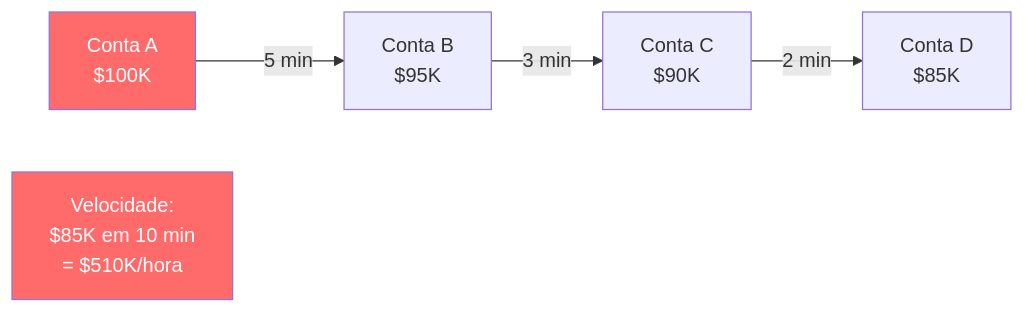
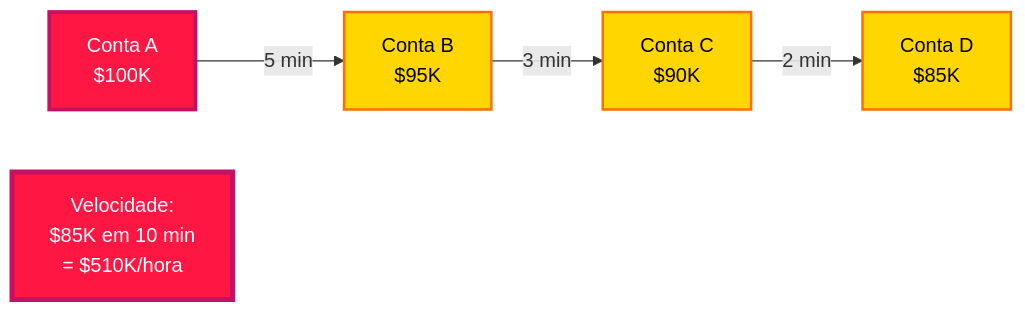
One commit to gregorizeidler/aml-graphs-detection-system changed the tenth of 14 diagrams in README.md. Above: the diagram before and after it, drawn with Mermaid. The commit also changed other lines of this file, not shown here.

````diff
--- a/README.md
+++ b/README.md
@@ -422,11 +427,14 @@
 ```mermaid
 graph LR
     A[Conta A<br/>$100K] -->|5 min| B[Conta B<br/>$95K]
     B -->|3 min| C[Conta C<br/>$90K]
     C -->|2 min| D[Conta D<br/>$85K]
     
     E[Velocidade:<br/>$85K em 10 min<br/>= $510K/hora] 
     
-    style A fill:#ff6b6b,color:#fff
-    style E fill:#ff6b6b,color:#fff
+    style A fill:#FF1744,stroke:#C51162,stroke-width:3px,color:#fff
+    style B fill:#FFD600,stroke:#FF6F00,stroke-width:2px,color:#000
+    style C fill:#FFD600,stroke:#FF6F00,stroke-width:2px,color:#000
+    style D fill:#FFD600,stroke:#FF6F00,stroke-width:2px,color:#000
+    style E fill:#FF1744,stroke:#C51162,stroke-width:4px,color:#fff
 ```
````
